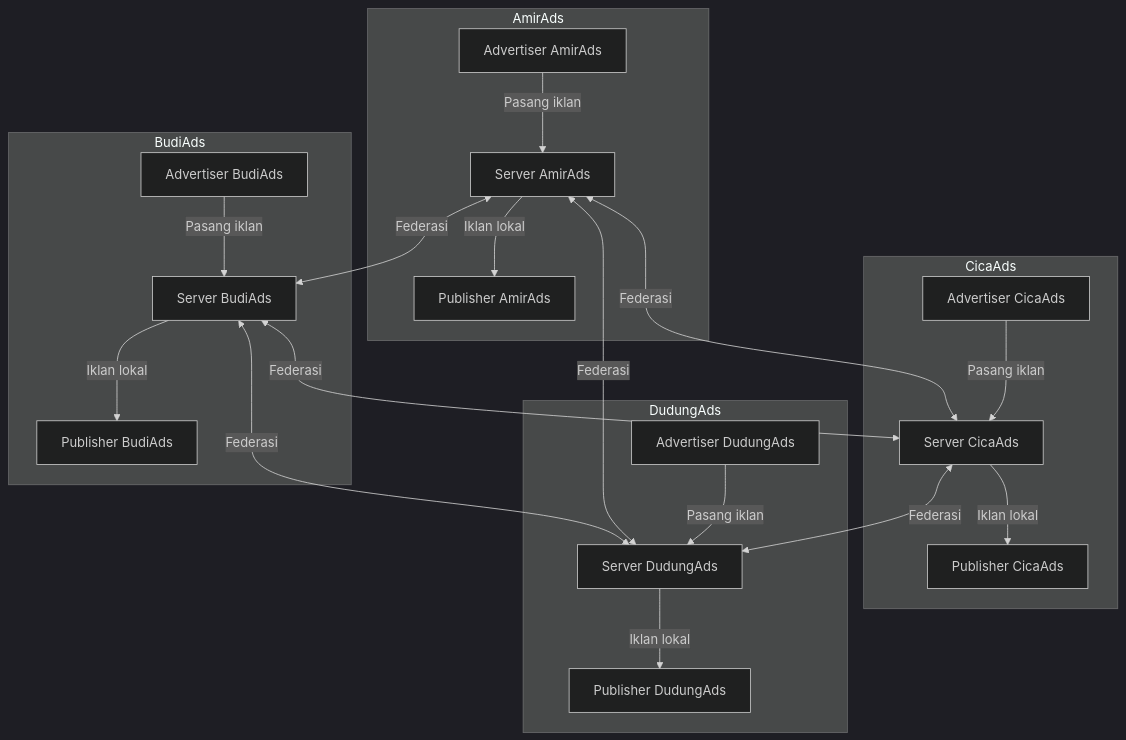
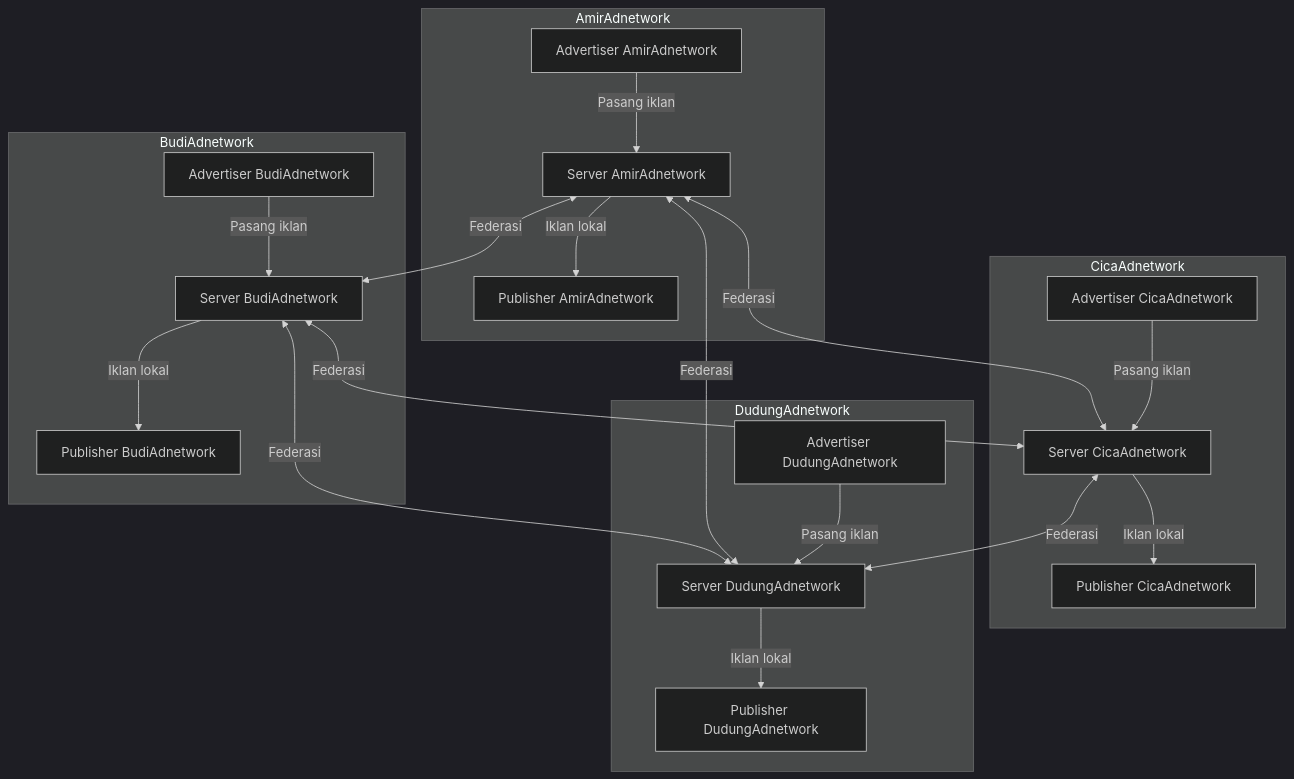
One commit to kukuhtw/kumpulblogger.com changed the first of 8 diagrams in docs/FEDERASI_AD_NETWORK.md. Above: the diagram before and after it, drawn with Mermaid (dark theme). The commit also changed other lines of this file, not shown here.

````diff
--- a/docs/FEDERASI_AD_NETWORK.md
+++ b/docs/FEDERASI_AD_NETWORK.md
@@ -21,41 +21,41 @@
 ```mermaid
 flowchart TB
-    subgraph AMIR[AmirAds]
-        AA[Advertiser AmirAds]
-        AP[Publisher AmirAds]
-        AS[Server AmirAds]
+    subgraph AMIR[AmirAdnetwork]
+        AA[Advertiser AmirAdnetwork]
+        AP[Publisher AmirAdnetwork]
+        AS[Server AmirAdnetwork]
         AA -->|Pasang iklan| AS
         AS -->|Iklan lokal| AP
     end
 
-    subgraph BUDI[BudiAds]
-        BA[Advertiser BudiAds]
-        BP[Publisher BudiAds]
-        BS[Server BudiAds]
+    subgraph BUDI[BudiAdnetwork]
+        BA[Advertiser BudiAdnetwork]
+        BP[Publisher BudiAdnetwork]
+        BS[Server BudiAdnetwork]
         BA -->|Pasang iklan| BS
         BS -->|Iklan lokal| BP
     end
 
-    subgraph CICA[CicaAds]
-        CA[Advertiser CicaAds]
-        CP[Publisher CicaAds]
-        CS[Server CicaAds]
+    subgraph CICA[CicaAdnetwork]
+        CA[Advertiser CicaAdnetwork]
+        CP[Publisher CicaAdnetwork]
+        CS[Server CicaAdnetwork]
         CA -->|Pasang iklan| CS
         CS -->|Iklan lokal| CP
     end
 
-    subgraph DUDUNG[DudungAds]
-        DA[Advertiser DudungAds]
-        DP[Publisher DudungAds]
-        DS[Server DudungAds]
+    subgraph DUDUNG[DudungAdnetwork]
+        DA[Advertiser DudungAdnetwork]
+        DP[Publisher DudungAdnetwork]
+        DS[Server DudungAdnetwork]
         DA -->|Pasang iklan| DS
         DS -->|Iklan lokal| DP
     end
 
     AS <-->|Federasi| BS
     AS <-->|Federasi| CS
     AS <-->|Federasi| DS
     BS <-->|Federasi| CS
     BS <-->|Federasi| DS
     CS <-->|Federasi| DS
 ```
````
